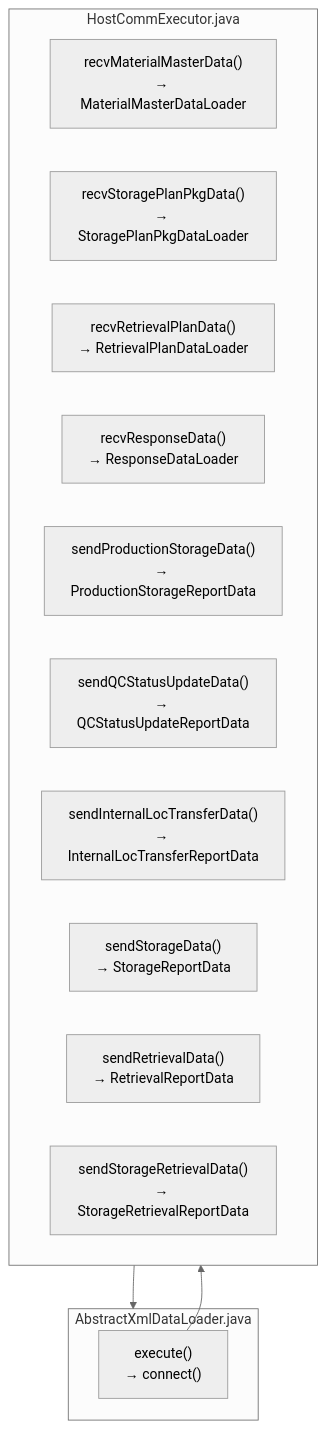
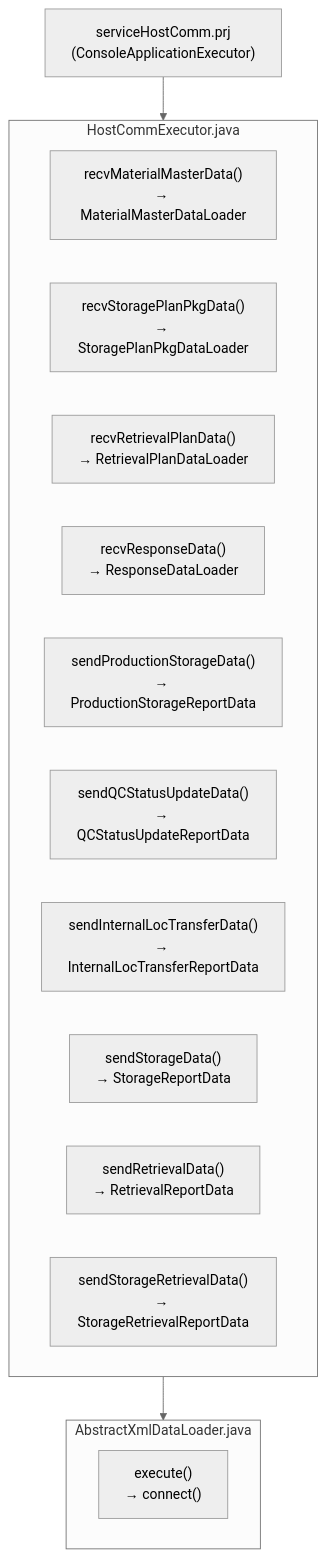
Before and after one commit to luthfiadityaa/SimeDarby-Wiki: the diagram in Basic-Design/Host-Interfaces.md, drawn with Mermaid (neutral theme).

Commit message:
Updated Host Interfaces

```diff
--- a/Basic-Design/Host-Interfaces.md
+++ b/Basic-Design/Host-Interfaces.md
@@ -30,26 +30,26 @@
 ::: mermaid
 flowchart TD
         C1["serviceHostComm.prj<br>(ConsoleApplicationExecutor)"]       
     
         C1 --> HostCommExecutor.java
         AbstractXmlDataLoader.java
         HostCommExecutor.java --> AbstractXmlDataLoader.java
 
 subgraph HostCommExecutor.java
         C2["recvMaterialMasterData()<br>→ MaterialMasterDataLoader"]
         C3["recvStoragePlanPkgData()<br>→ StoragePlanPkgDataLoader"]
         C4["recvRetrievalPlanData()<br>→ RetrievalPlanDataLoader"]
         C5["recvResponseData()<br>→ ResponseDataLoader"]
         C6["sendProductionStorageData()<br>→ ProductionStorageReportData"]
         C7["sendQCStatusUpdateData()<br>→ QCStatusUpdateReportData"]
         C8["sendInternalLocTransferData()<br>→ InternalLocTransferReportData"]
         C9["sendStorageData()<br>→ StorageReportData"]
         C10["sendRetrievalData()<br>→ RetrievalReportData"]
         C11["sendStorageRetrievalData()<br>→ StorageRetrievalReportData"]
 end
 
 subgraph AbstractXmlDataLoader.java
-        C1["execute()<br>→ connect()"]
+        C12["execute()<br>→ connect()"]
 end
 
 :::
```
